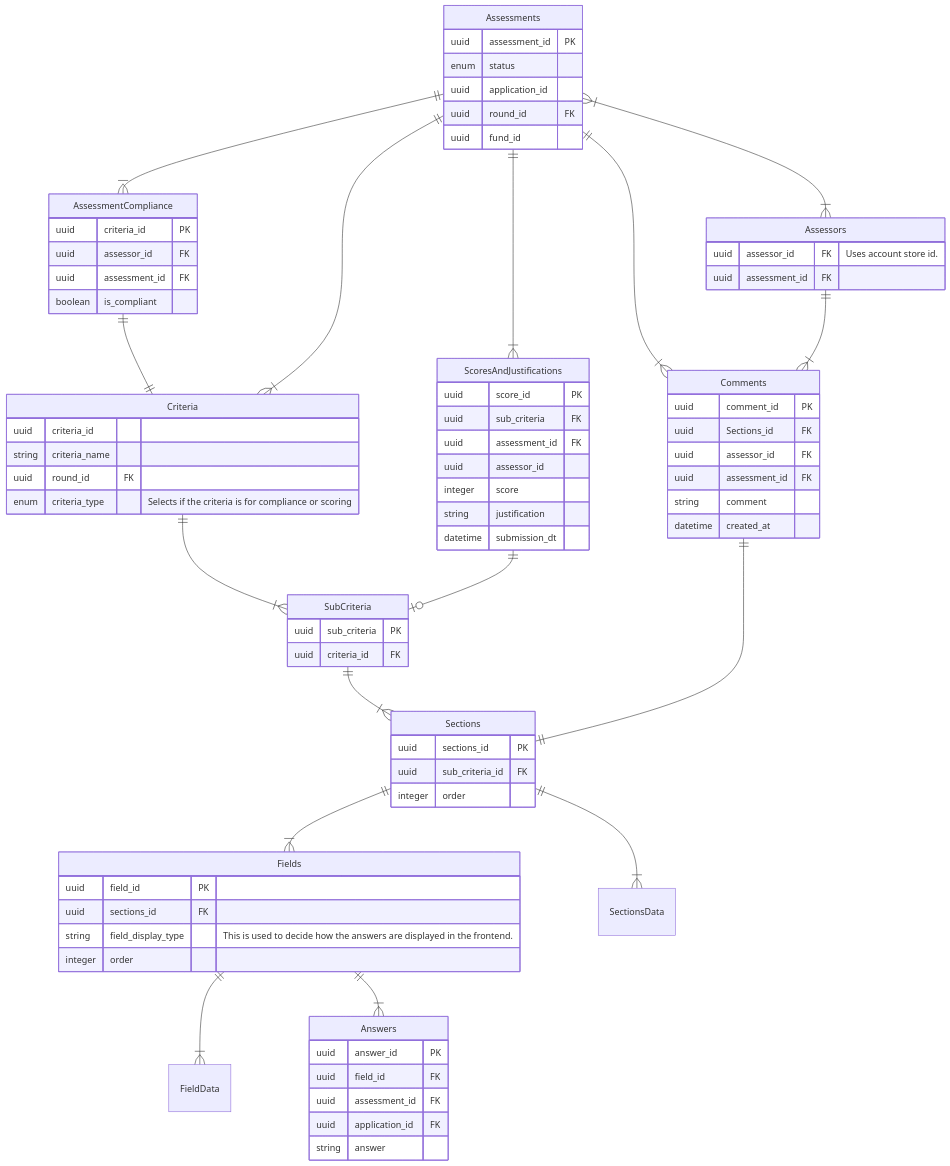
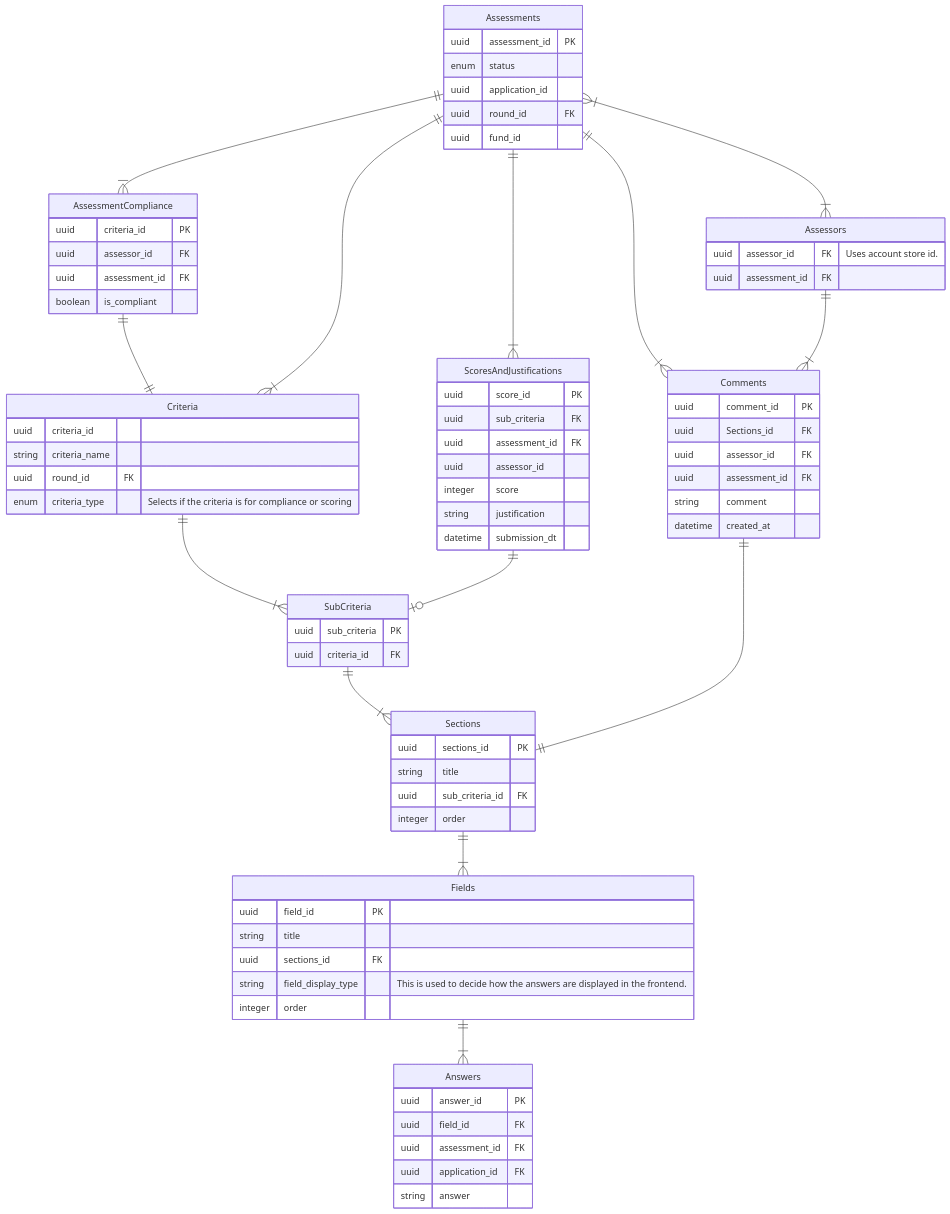
Before and after one commit to communitiesuk/funding-service-design-assessment-store: the diagram in diagrams/db_diagram.md, drawn with Mermaid.

````diff
--- a/diagrams/db_diagram.md
+++ b/diagrams/db_diagram.md
@@ -1,81 +1,81 @@
 ```mermaid
 erDiagram
 	SubCriteria {
 		uuid sub_criteria PK
 		uuid criteria_id FK
 	}
 	Criteria {
 		uuid criteria_id
 		string criteria_name
 		uuid round_id FK
 		enum criteria_type  "Selects if the criteria is for compliance or scoring"
 	}
 	Assessors {
 		uuid assessor_id FK "Uses account store id."
 		uuid assessment_id FK
 	}
 	Assessments {
 		uuid assessment_id PK
 		enum status
 		uuid application_id
 		uuid round_id FK
 		uuid fund_id
 	}
 	Sections {
-		uuid sections_id PK	
+		uuid sections_id PK
+		string title
 		uuid sub_criteria_id FK		
 		integer order
 	}
 	Fields {
 		uuid field_id PK
+		string title
 		uuid sections_id FK
 		string field_display_type "This is used to decide how the answers are displayed in the frontend."
 		integer order
 	}
 	Answers {
 		uuid answer_id PK
 		uuid field_id FK
 		uuid assessment_id FK
 		uuid application_id FK
 		string answer
 	}
 	ScoresAndJustifications {
 		uuid score_id PK
 		uuid sub_criteria FK
 		uuid assessment_id FK
 		uuid assessor_id
 		integer score
 		string justification
 		datetime submission_dt
 	}
 	AssessmentCompliance {
 		uuid criteria_id PK
 		uuid assessor_id FK
 		uuid assessment_id FK
 		boolean is_compliant
 	}
 	Comments {
 		uuid comment_id PK
 		uuid Sections_id FK
 		uuid assessor_id FK
 		uuid assessment_id FK
 		string comment
 		datetime created_at
 	}
 
 	Criteria ||--|{ SubCriteria : ""
 	AssessmentCompliance ||--|| Criteria : ""
 	SubCriteria ||--|{ Sections : ""
 	Sections ||--|{ Fields : ""
-	Sections ||--|{ SectionsData : ""
-	Fields ||--|{ FieldData : ""
 	Fields ||--|{ Answers : ""
 	Assessments ||--|{ ScoresAndJustifications : ""
 	ScoresAndJustifications ||--o| SubCriteria : ""
 	Assessments }|--|{ Assessors : ""
 	Assessments ||--|{ Criteria : ""
 	Assessments ||--|{ Comments : ""
 	Assessments ||--|{ AssessmentCompliance : ""
 	Assessors ||--|{ Comments : ""
 	Comments ||--|| Sections : ""
 ```
````
